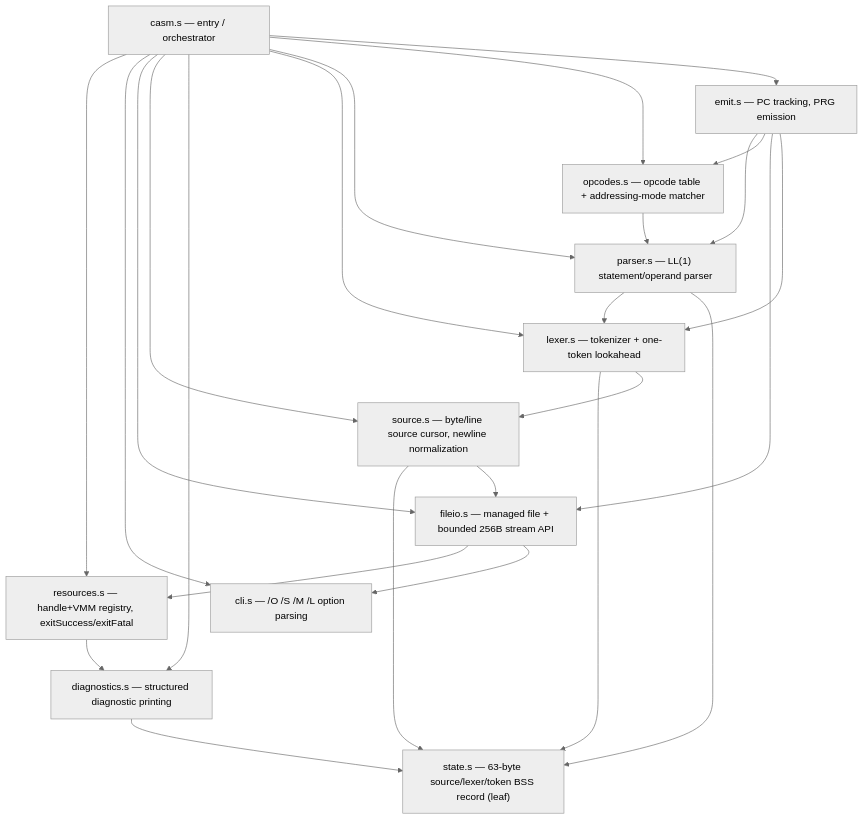
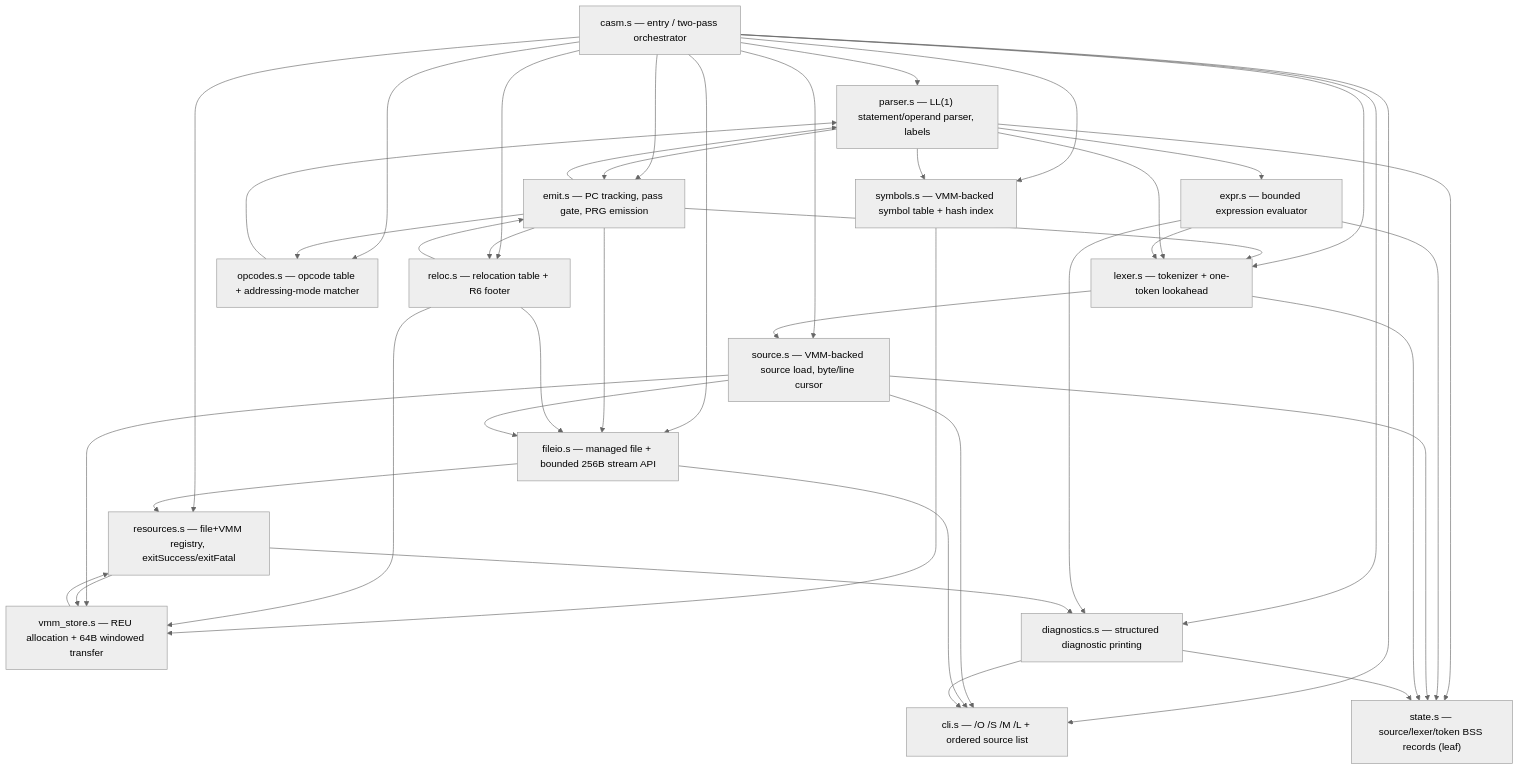
One commit to corra/command64-os changed the first of 2 diagrams in wiki/casm-programmers-reference.md. Above: the diagram before and after it, drawn with Mermaid (neutral theme). The commit also changed other lines of this file, not shown here.

````diff
--- a/wiki/casm-programmers-reference.md
+++ b/wiki/casm-programmers-reference.md
@@ -25,24 +27,32 @@
 ```mermaid
 flowchart TD
-    casm["casm.s — entry / orchestrator"]
-    resources["resources.s — handle+VMM registry, exitSuccess/exitFatal"]
-    cli["cli.s — /O /S /M /L option parsing"]
+    casm["casm.s — entry / two-pass orchestrator"]
+    resources["resources.s — file+VMM registry, exitSuccess/exitFatal"]
+    cli["cli.s — /O /S /M /L + ordered source list"]
     fileio["fileio.s — managed file + bounded 256B stream API"]
-    source["source.s — byte/line source cursor, newline normalization"]
+    vmm["vmm_store.s — REU allocation + 64B windowed transfer"]
+    source["source.s — VMM-backed source load, byte/line cursor"]
     lexer["lexer.s — tokenizer + one-token lookahead"]
-    parser["parser.s — LL(1) statement/operand parser"]
+    parser["parser.s — LL(1) statement/operand parser, labels"]
+    expr["expr.s — bounded expression evaluator"]
+    symbols["symbols.s — VMM-backed symbol table + hash index"]
     opcodes["opcodes.s — opcode table + addressing-mode matcher"]
+    reloc["reloc.s — relocation table + R6 footer"]
     diagnostics["diagnostics.s — structured diagnostic printing"]
-    emit["emit.s — PC tracking, PRG emission"]
-    state["state.s — 63-byte source/lexer/token BSS record (leaf)"]
+    emit["emit.s — PC tracking, pass gate, PRG emission"]
+    state["state.s — source/lexer/token BSS records (leaf)"]
 
-    casm --> resources & cli & fileio & source & diagnostics & lexer & parser & opcodes & emit
-    emit --> parser & opcodes & fileio & lexer
+    casm --> resources & cli & fileio & source & diagnostics & lexer & parser & opcodes & emit & symbols & reloc
+    emit --> parser & opcodes & fileio & lexer & reloc
+    parser --> lexer & state & expr & symbols & emit
+    expr --> lexer & state & diagnostics
+    symbols --> vmm
+    reloc --> vmm & fileio & emit
+    source --> state & fileio & vmm & cli
     fileio --> resources & cli
     lexer --> state & source
-    parser --> lexer & state
     opcodes --> parser
-    resources --> diagnostics
-    source --> state & fileio
-    diagnostics --> state
+    vmm --> resources
+    resources --> diagnostics & vmm
+    diagnostics --> state & cli
 ```
````
